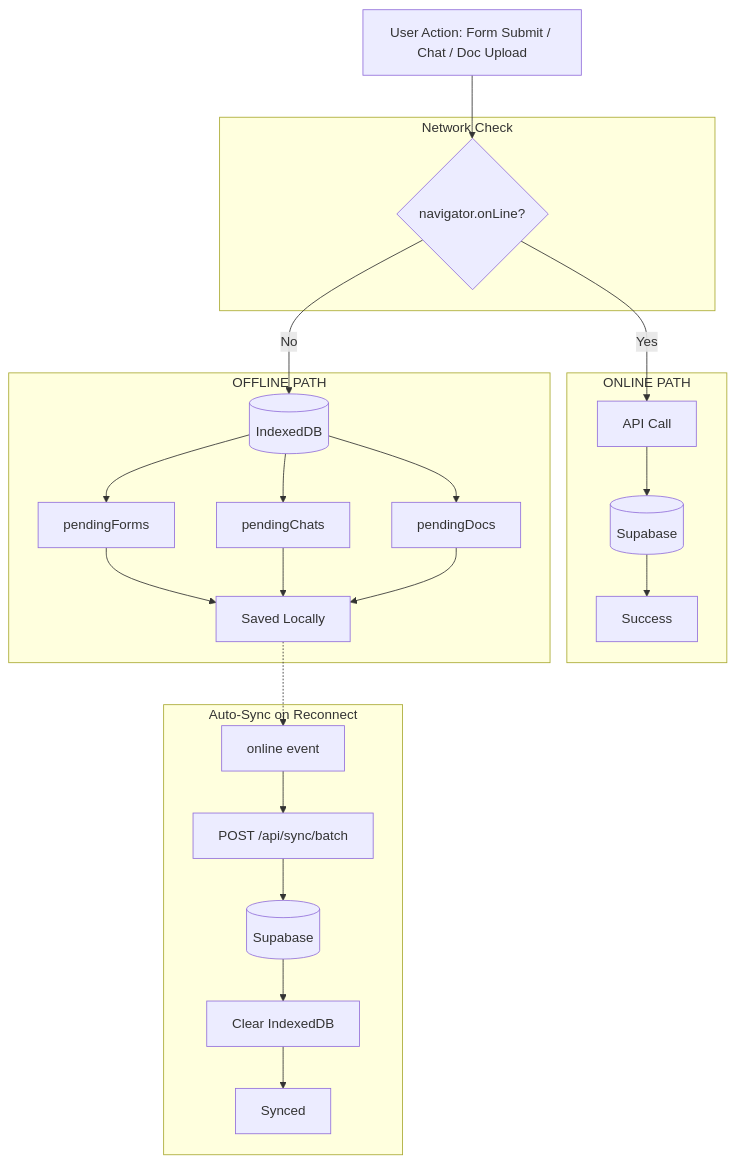
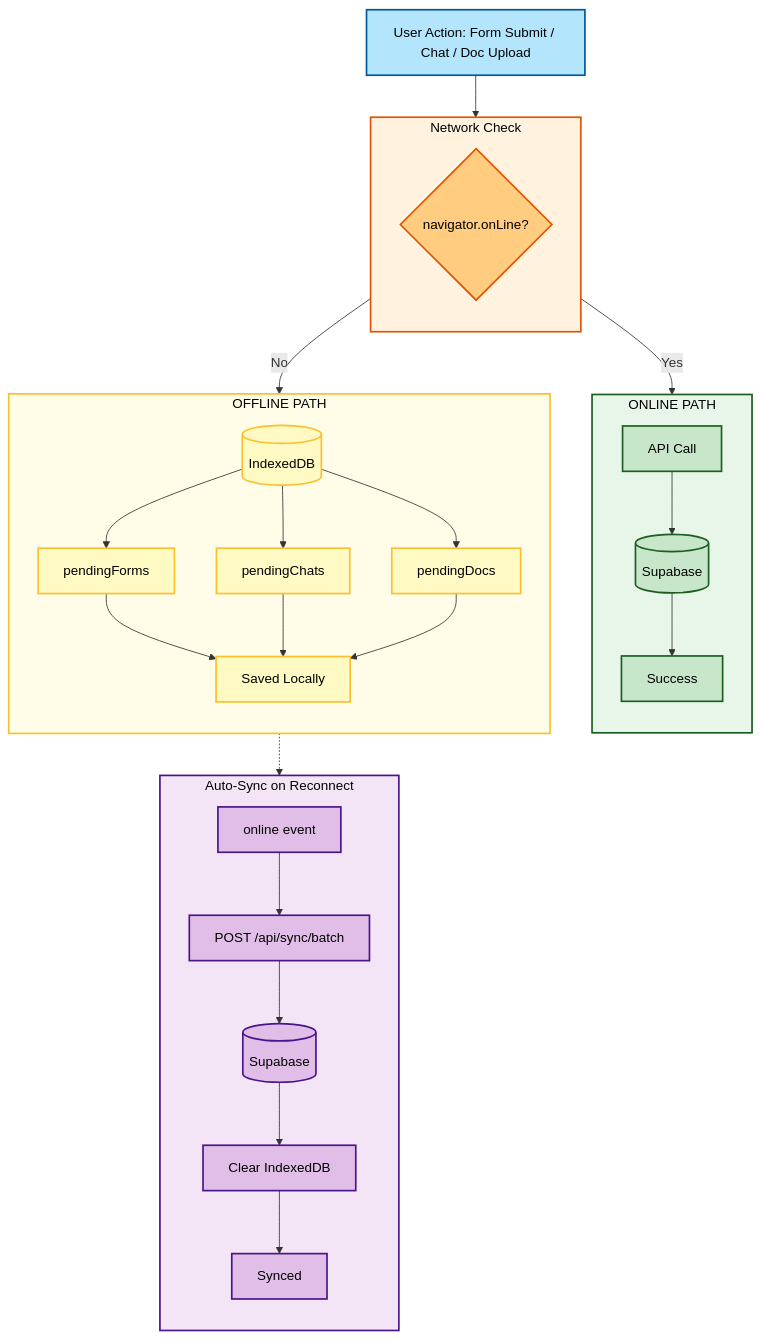
Before and after one commit to AIUtsavBot/aanchal_ai: the fourth of 8 diagrams in README.md, drawn with Mermaid. The commit also changed other lines of this file, not shown here.

Commit message:
Update Mermaid diagrams with vibrant colors for better contrast

````diff
--- a/README.md
+++ b/README.md
@@ -208,49 +246,64 @@
 ```mermaid
 flowchart TB
-    Action["User Action: Form Submit / Chat / Doc Upload"]
+    %% Styles
+    classDef action fill:#b3e5fc,stroke:#01579b,stroke-width:2px,color:black
+    classDef check fill:#ffcc80,stroke:#e65100,stroke-width:2px,color:black
+    classDef online fill:#c8e6c9,stroke:#1b5e20,stroke-width:2px,color:black
+    classDef offline fill:#fff9c4,stroke:#fbc02d,stroke-width:2px,color:black
+    classDef sync fill:#e1bee7,stroke:#4a148c,stroke-width:2px,color:black
+
+    Action["User Action: Form Submit / Chat / Doc Upload"]:::action
     
     subgraph CHECK["Network Check"]
-        Online{"navigator.onLine?"}
+        direction TB
+        style CHECK fill:#fff3e0,stroke:#e65100,stroke-width:2px,color:black
+        Online{"navigator.onLine?"}:::check
     end
     
     subgraph ONLINE_PATH["ONLINE PATH"]
-        API["API Call"]
-        SB1[("Supabase")]
-        Success["Success"]
+        direction TB
+        style ONLINE_PATH fill:#e8f5e9,stroke:#1b5e20,stroke-width:2px,color:black
+        API["API Call"]:::online
+        SB1[("Supabase")]:::online
+        Success["Success"]:::online
     end
     
     subgraph OFFLINE_PATH["OFFLINE PATH"]
-        IDB[("IndexedDB")]
-        PF["pendingForms"]
-        PC["pendingChats"]
-        PD["pendingDocs"]
-        Saved["Saved Locally"]
+        direction TB
+        style OFFLINE_PATH fill:#fffde7,stroke:#fbc02d,stroke-width:2px,color:black
+        IDB[("IndexedDB")]:::offline
+        PF["pendingForms"]:::offline
+        PC["pendingChats"]:::offline
+        PD["pendingDocs"]:::offline
+        Saved["Saved Locally"]:::offline
     end
     
     subgraph SYNC["Auto-Sync on Reconnect"]
-        Event["online event"]
-        Batch["POST /api/sync/batch"]
-        SB2[("Supabase")]
-        Clear["Clear IndexedDB"]
-        Done["Synced"]
+        direction TB
+        style SYNC fill:#f3e5f5,stroke:#4a148c,stroke-width:2px,color:black
+        Event["online event"]:::sync
+        Batch["POST /api/sync/batch"]:::sync
+        SB2[("Supabase")]:::sync
+        Clear["Clear IndexedDB"]:::sync
+        Done["Synced"]:::sync
     end
     
     Action --> Online
     Online -->|Yes| API
     API --> SB1
     SB1 --> Success
     
     Online -->|No| IDB
     IDB --> PF
     IDB --> PC
     IDB --> PD
     PF --> Saved
     PC --> Saved
     PD --> Saved
     
     Saved -.-> Event
     Event --> Batch
     Batch --> SB2
     SB2 --> Clear
     Clear --> Done
 ```
````
